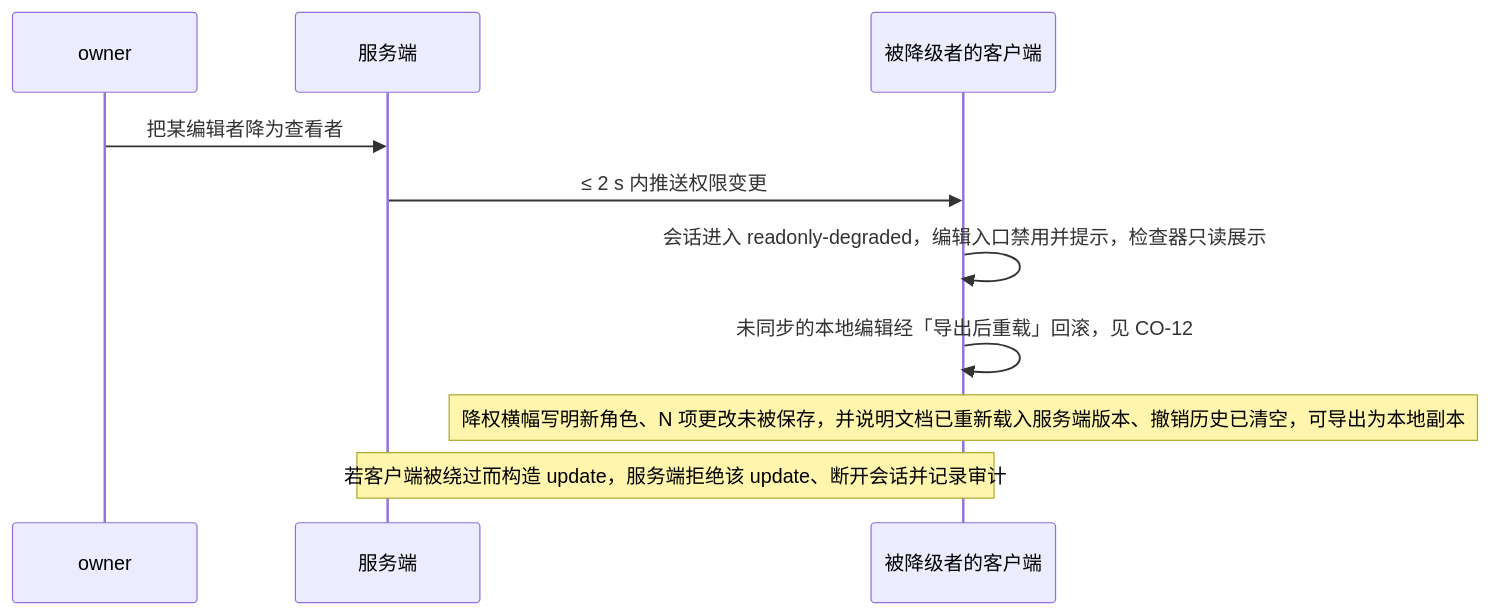
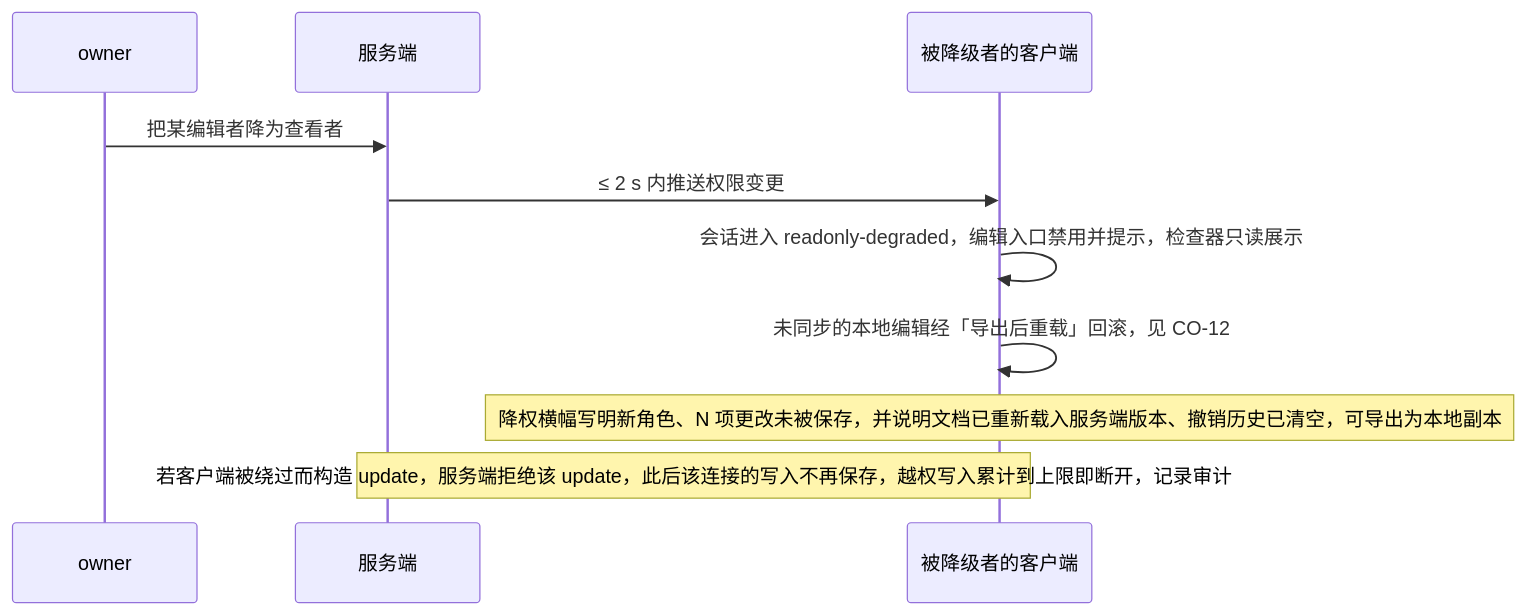
Before and after one commit to Xeonice/cordis-ppt-editor: the third of 10 diagrams in docs/10-prd/03-features/03-collaboration.md, drawn with Mermaid. The commit also changed other lines of this file and 19 other files, not shown here.

````diff
--- a/docs/10-prd/03-features/03-collaboration.md
+++ b/docs/10-prd/03-features/03-collaboration.md
@@ -160,12 +166,12 @@
 ```mermaid
 sequenceDiagram
   participant owner as owner
   participant server as 服务端
   participant client as 被降级者的客户端
   owner->>server: 把某编辑者降为查看者
   server->>client: ≤ 2 s 内推送权限变更
   client->>client: 会话进入 readonly-degraded，编辑入口禁用并提示，检查器只读展示
   client->>client: 未同步的本地编辑经「导出后重载」回滚，见 CO-12
   Note over client: 降权横幅写明新角色、N 项更改未被保存，并说明文档已重新载入服务端版本、撤销历史已清空，可导出为本地副本
-  Note over server,client: 若客户端被绕过而构造 update，服务端拒绝该 update、断开会话并记录审计
+  Note over server,client: 若客户端被绕过而构造 update，服务端拒绝该 update，此后该连接的写入不再保存，越权写入累计到上限即断开，记录审计
 ```
````
